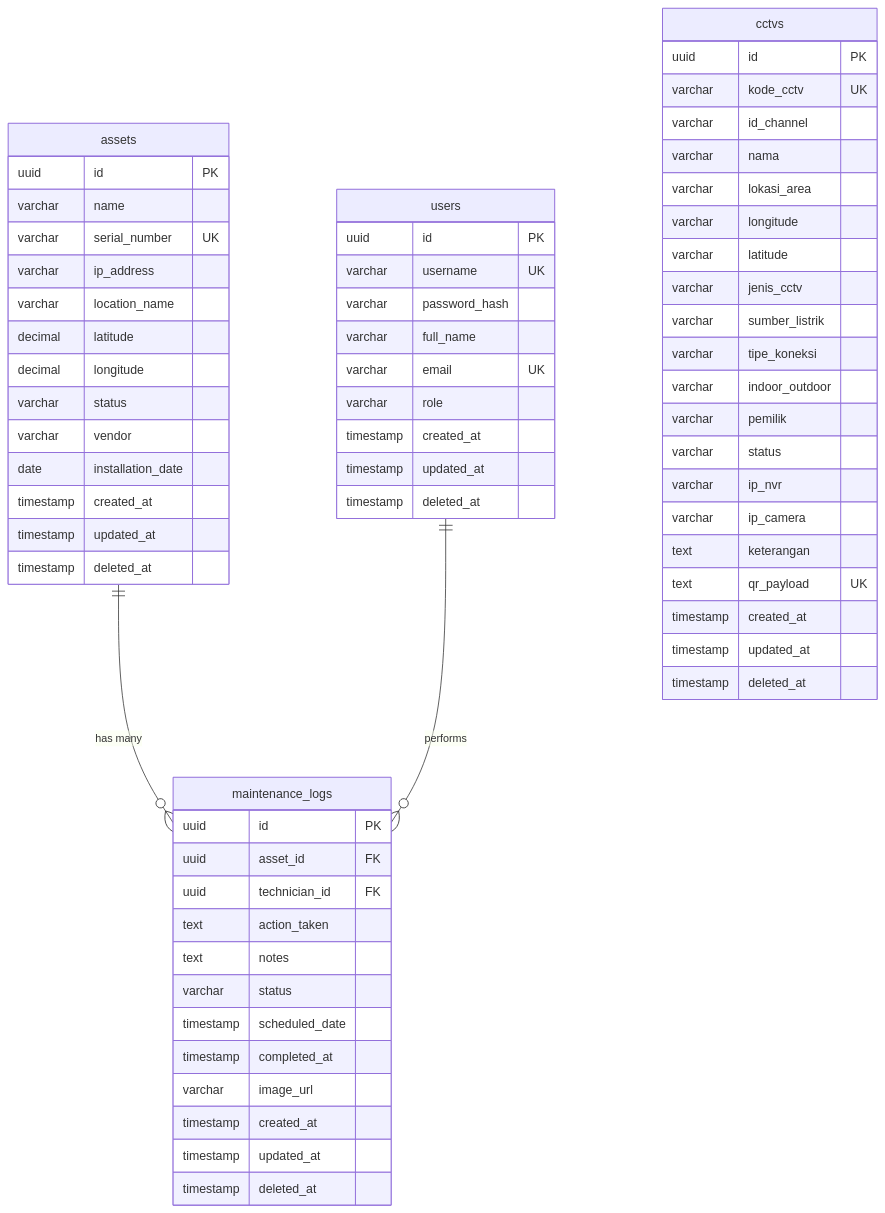
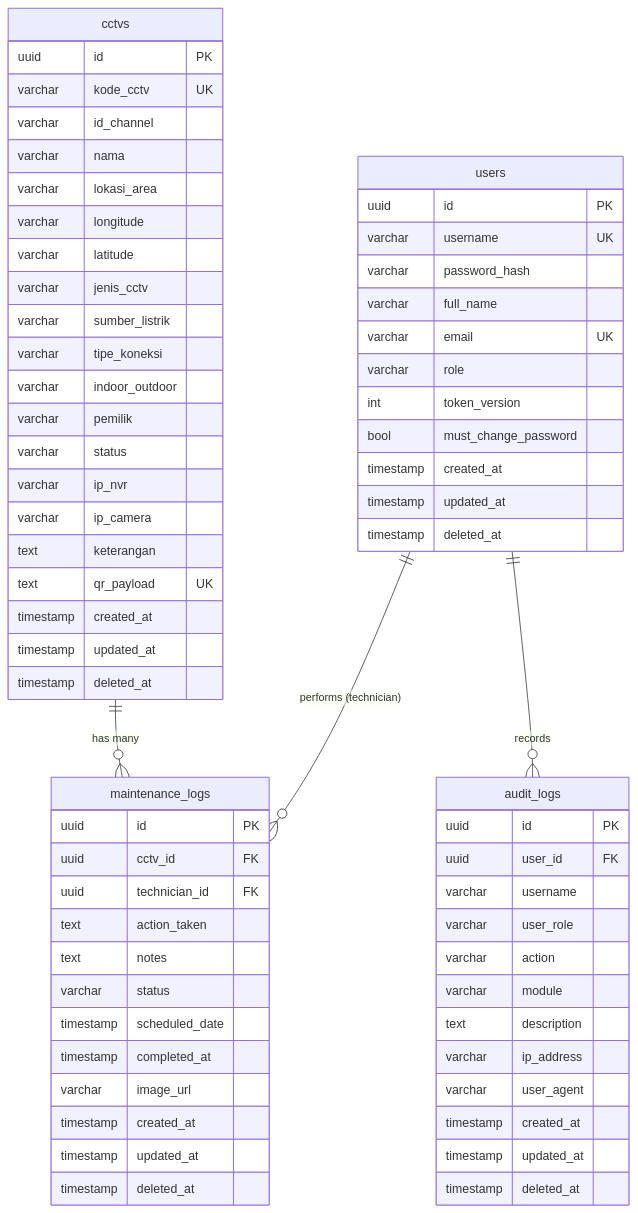
One commit to notyourkise/SIGAP changed the second of 2 diagrams in README.md. Above: the diagram before and after it, drawn with Mermaid. The commit also changed other lines of this file and 9 other files, not shown here.

Commit message:
docs: restrukturisasi dokumentasi, roadmap keamanan, dan changelog monorepo

````diff
--- a/README.md
+++ b/README.md
@@ -146,67 +181,69 @@
 ```mermaid
 erDiagram
     users {
         uuid id PK
         varchar username UK
         varchar password_hash
         varchar full_name
         varchar email UK
         varchar role
-        timestamp created_at
-        timestamp updated_at
-        timestamp deleted_at
-    }
-    assets {
-        uuid id PK
-        varchar name
-        varchar serial_number UK
-        varchar ip_address
-        varchar location_name
-        decimal latitude
-        decimal longitude
-        varchar status
-        varchar vendor
-        date installation_date
-        timestamp created_at
-        timestamp updated_at
-        timestamp deleted_at
-    }
-    maintenance_logs {
-        uuid id PK
-        uuid asset_id FK
-        uuid technician_id FK
-        text action_taken
-        text notes
-        varchar status
-        timestamp scheduled_date
-        timestamp completed_at
-        varchar image_url
+        int token_version
+        bool must_change_password
         timestamp created_at
         timestamp updated_at
         timestamp deleted_at
     }
     cctvs {
         uuid id PK
         varchar kode_cctv UK
         varchar id_channel
         varchar nama
         varchar lokasi_area
         varchar longitude
         varchar latitude
         varchar jenis_cctv
         varchar sumber_listrik
         varchar tipe_koneksi
         varchar indoor_outdoor
         varchar pemilik
         varchar status
         varchar ip_nvr
         varchar ip_camera
         text keterangan
         text qr_payload UK
         timestamp created_at
         timestamp updated_at
         timestamp deleted_at
     }
-    assets ||--o{ maintenance_logs : "has many"
-    users ||--o{ maintenance_logs : "performs"
+    maintenance_logs {
+        uuid id PK
+        uuid cctv_id FK
+        uuid technician_id FK
+        text action_taken
+        text notes
+        varchar status
+        timestamp scheduled_date
+        timestamp completed_at
+        varchar image_url
+        timestamp created_at
+        timestamp updated_at
+        timestamp deleted_at
+    }
+    audit_logs {
+        uuid id PK
+        uuid user_id FK
+        varchar username
+        varchar user_role
+        varchar action
+        varchar module
+        text description
+        varchar ip_address
+        varchar user_agent
+        timestamp created_at
+        timestamp updated_at
+        timestamp deleted_at
+    }
+    cctvs ||--o{ maintenance_logs : "has many"
+    users ||--o{ maintenance_logs : "performs (technician)"
+    users ||--o{ audit_logs : "records"
 ```
````
